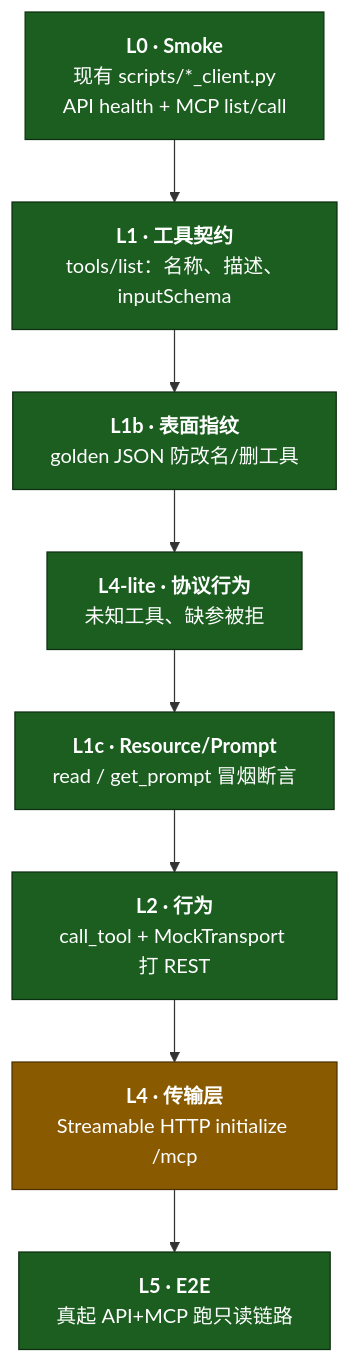
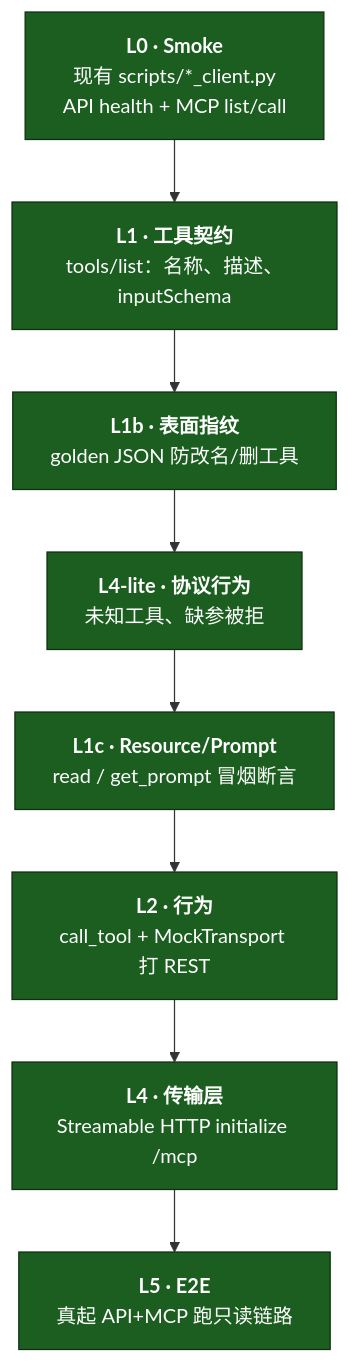
The first of 2 diagrams in docs/TESTING_IMPROVEMENT_PLAN.zh.md (bot-qianjinyan/my-mcp-user), drawn with Mermaid before and after one commit. The commit also changed other lines of this file and 5 other files, not shown here.

````diff
--- a/docs/TESTING_IMPROVEMENT_PLAN.zh.md
+++ b/docs/TESTING_IMPROVEMENT_PLAN.zh.md
@@ -114,18 +114,18 @@
 ```mermaid
 flowchart TB
     classDef done fill:#1b5e20,stroke:#0d2f10,color:#fff
     classDef next fill:#1f4e79,stroke:#0d2840,color:#fff
     classDef gap  fill:#8a5a00,stroke:#4d3200,color:#fff
     classDef opt  fill:#4a148c,stroke:#25074a,color:#fff
 
     L0["<b>L0 · Smoke</b><br/>现有 scripts/*_client.py<br/>API health + MCP list/call"]:::done
     L1["<b>L1 · 工具契约</b><br/>tools/list：名称、描述、inputSchema"]:::done
     L1b["<b>L1b · 表面指纹</b><br/>golden JSON 防改名/删工具"]:::done
     L1c["<b>L1c · Resource/Prompt</b><br/>read / get_prompt 冒烟断言"]:::done
     L4l["<b>L4-lite · 协议行为</b><br/>未知工具、缺参被拒"]:::done
     L2["<b>L2 · 行为</b><br/>call_tool + MockTransport 打 REST"]:::done
-    L4["<b>L4 · 传输层</b><br/>Streamable HTTP initialize /mcp"]:::gap
+    L4["<b>L4 · 传输层</b><br/>Streamable HTTP initialize /mcp"]:::done
     L5["<b>L5 · E2E</b><br/>真起 API+MCP 跑只读链路"]:::done
 
     L0 --> L1 --> L1b --> L4l --> L1c --> L2 --> L4 --> L5
 ```
````
